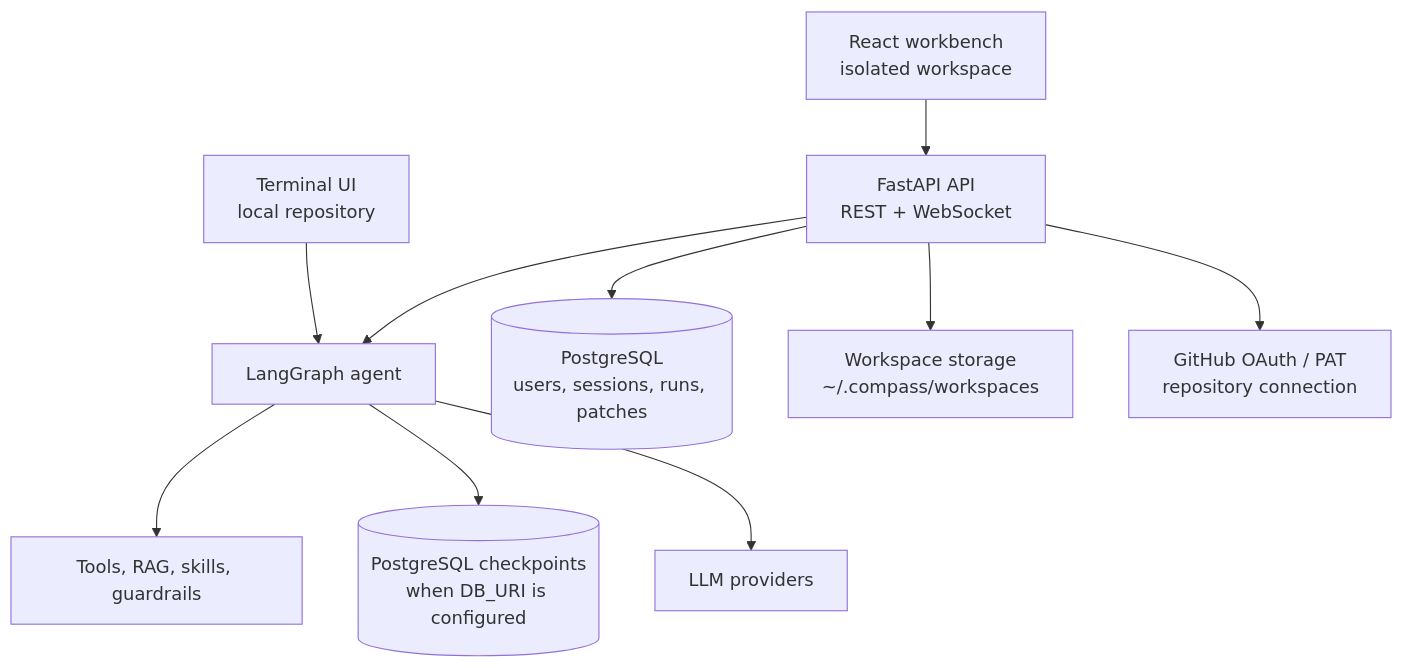
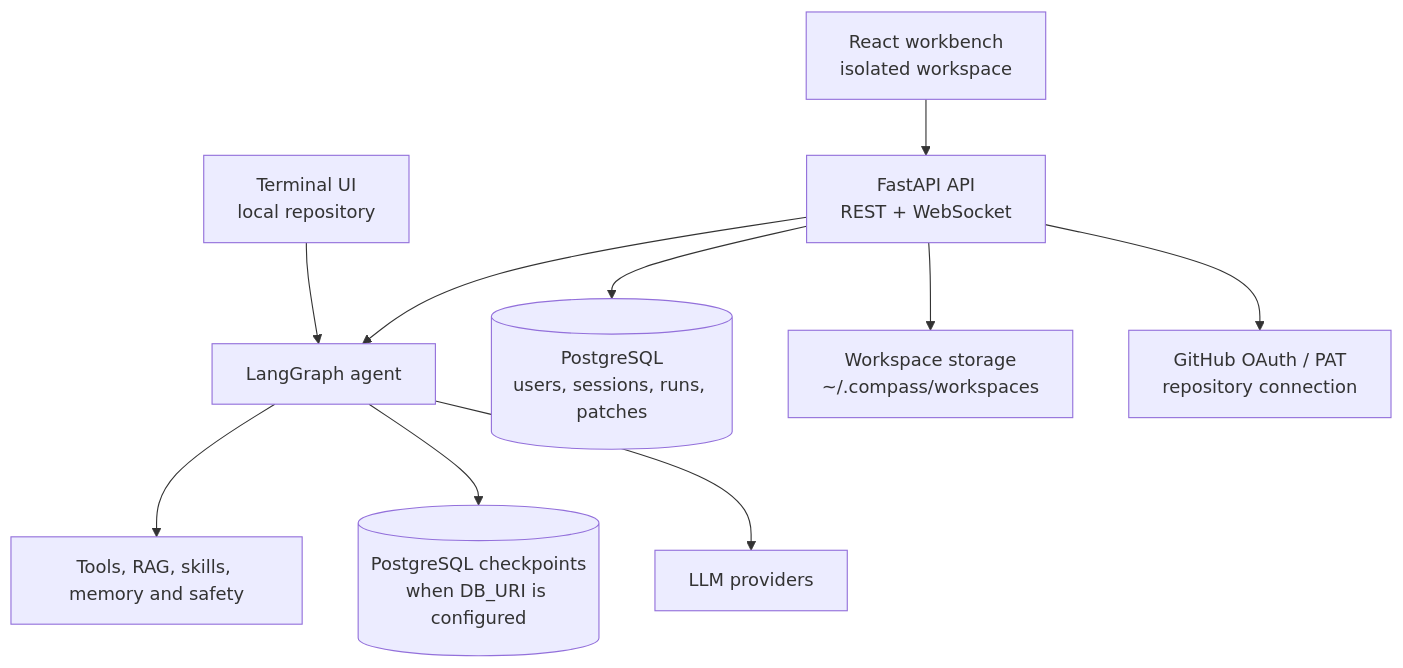
Before and after one commit to Krishiv1611/Compass: the diagram in README.md, drawn with Mermaid. The commit also changed other lines of this file and 68 other files, not shown here.

````diff
--- a/README.md
+++ b/README.md
@@ -44,12 +44,12 @@
 ```mermaid
 flowchart TB
   tui["Terminal UI\nlocal repository"] --> agent
   web["React workbench\nisolated workspace"] --> api
   api["FastAPI API\nREST + WebSocket"] --> agent
   api --> db[("PostgreSQL\nusers, sessions, runs, patches")]
   api --> ws["Workspace storage\n~/.compass/workspaces"]
-  agent["LangGraph agent"] --> tools["Tools, RAG, skills, guardrails"]
+  agent["LangGraph agent"] --> tools["Tools, RAG, skills, memory and safety"]
   agent --> checkpoints[("PostgreSQL checkpoints\nwhen DB_URI is configured")]
   agent --> providers["LLM providers"]
   api --> github["GitHub OAuth / PAT\nrepository connection"]
 ```
````
